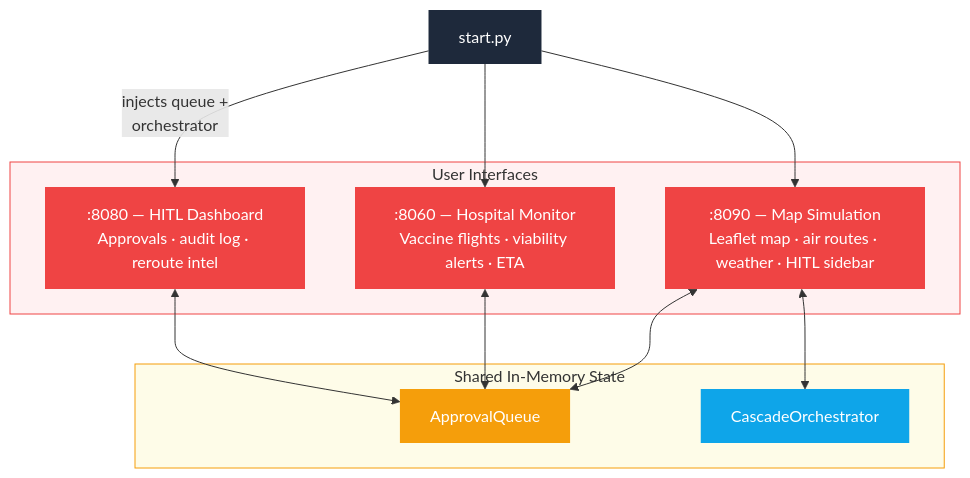
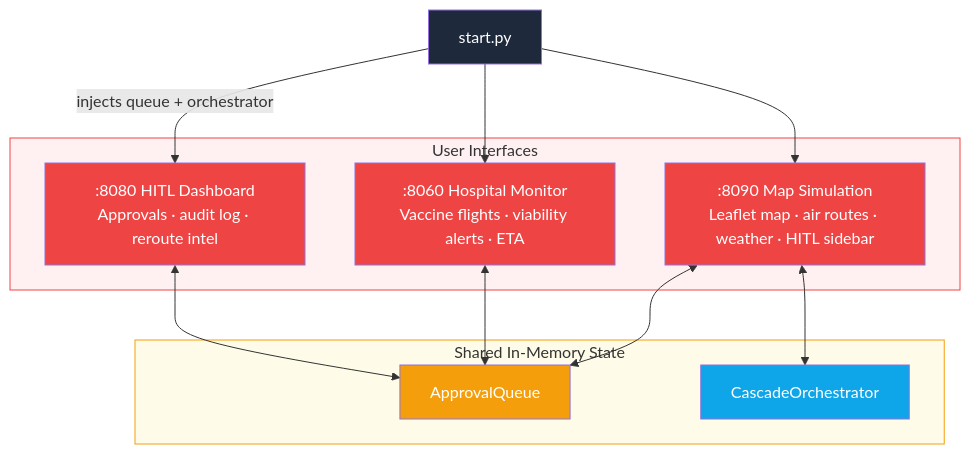
The third of 3 diagrams in README.md (rishikathakre/pharma-cargo), drawn with Mermaid before and after one commit. The commit also changed other lines of this file, not shown here.

````diff
--- a/README.md
+++ b/README.md
@@ -74,33 +73,33 @@
 ```mermaid
 flowchart TB
     START["start.py"]
 
     subgraph SHARED["Shared In-Memory State"]
         Q["ApprovalQueue"]
         O["CascadeOrchestrator"]
     end
 
     subgraph UIS["User Interfaces"]
-        D[":8080 — HITL Dashboard\nApprovals · audit log · reroute intel"]
-        H[":8060 — Hospital Monitor\nVaccine flights · viability alerts · ETA"]
-        M[":8090 — Map Simulation\nLeaflet map · air routes · weather · HITL sidebar"]
+        D[":8080 HITL Dashboard\nApprovals · audit log · reroute intel"]
+        H[":8060 Hospital Monitor\nVaccine flights · viability alerts · ETA"]
+        M[":8090 Map Simulation\nLeaflet map · air routes · weather · HITL sidebar"]
     end
 
-    START -- "injects queue +\norchestrator" --> D
+    START -- "injects queue + orchestrator" --> D
     START --> H
     START --> M
 
     D <--> Q
     H <--> Q
     M <--> Q
     M <--> O
 
-    style START fill:#1e293b,color:#fff,stroke:none
-    style Q fill:#f59e0b,color:#fff,stroke:none
-    style O fill:#0ea5e9,color:#fff,stroke:none
+    style START fill:#1e293b,color:#fff
+    style Q fill:#f59e0b,color:#fff
+    style O fill:#0ea5e9,color:#fff
     style SHARED fill:#fefce8,stroke:#f59e0b
-    style D fill:#ef4444,color:#fff,stroke:none
-    style H fill:#ef4444,color:#fff,stroke:none
-    style M fill:#ef4444,color:#fff,stroke:none
+    style D fill:#ef4444,color:#fff
+    style H fill:#ef4444,color:#fff
+    style M fill:#ef4444,color:#fff
     style UIS fill:#fff1f2,stroke:#ef4444
 ```
````
